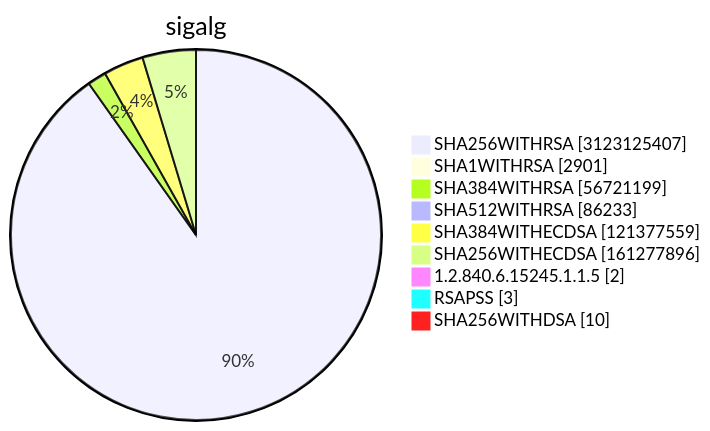
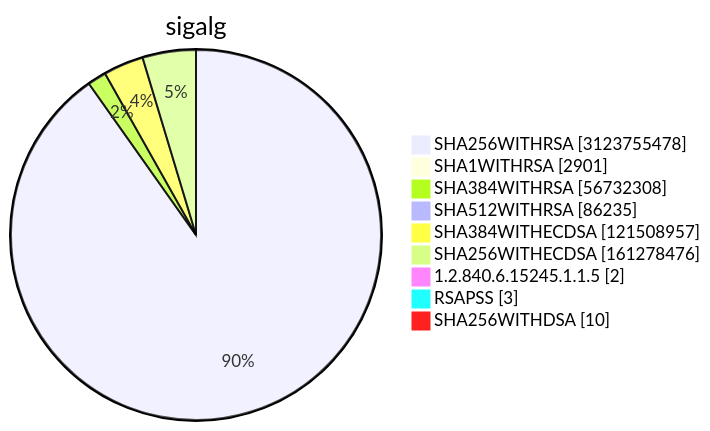
Before and after one commit to christiankrug/ctmonitor_visualization: diagram 15 of 15 in TOTAL/README.md, drawn with Mermaid. The commit also changed other lines of this file, not shown here.

````diff
--- a/TOTAL/README.md
+++ b/TOTAL/README.md
@@ -6212,13 +6212,13 @@
 ```mermaid
 pie showData
 title sigalg
-"SHA256WITHRSA" :3123125407
+"SHA256WITHRSA" :3123755478
 "SHA1WITHRSA" :2901
-"SHA384WITHRSA" :56721199
-"SHA512WITHRSA" :86233
-"SHA384WITHECDSA" :121377559
-"SHA256WITHECDSA" :161277896
+"SHA384WITHRSA" :56732308
+"SHA512WITHRSA" :86235
+"SHA384WITHECDSA" :121508957
+"SHA256WITHECDSA" :161278476
 "1.2.840.6.15245.1.1.5" :2
 "RSAPSS" :3
 "SHA256WITHDSA" :10
 ```
````
